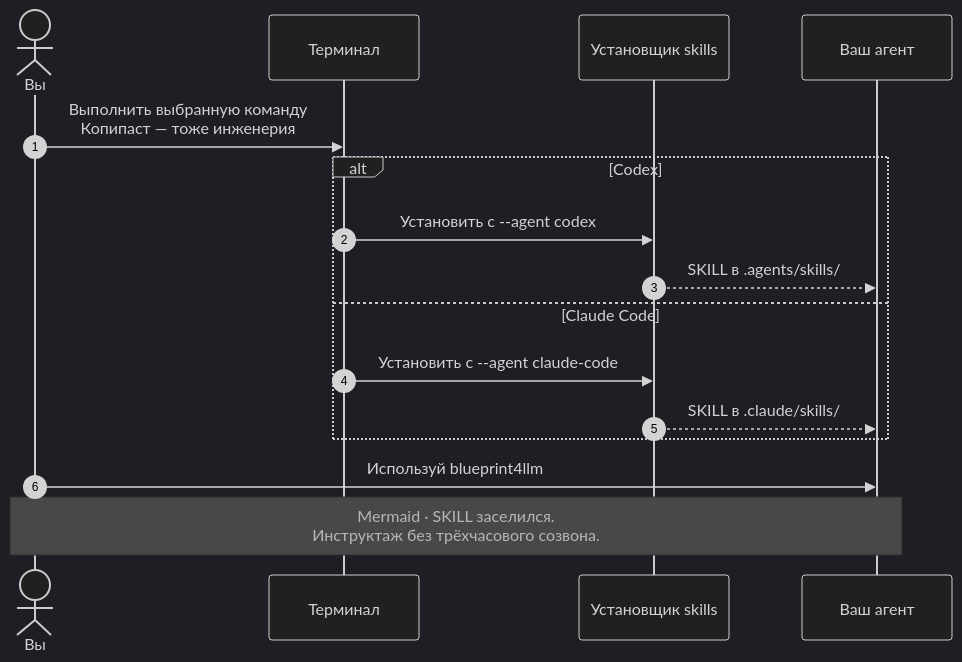
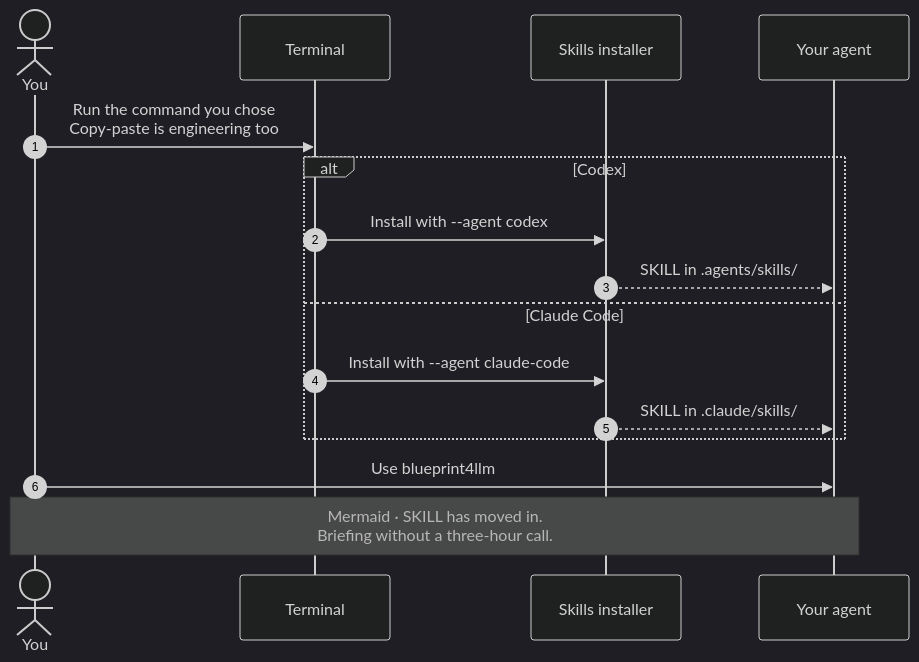
One commit to evgenyigumnov/blueprint4llm changed the fourth of 4 diagrams in article.en.md. Above: the diagram before and after it, drawn with Mermaid (dark theme). The commit also changed other lines of this file, not shown here.

````diff
--- a/article.en.md
+++ b/article.en.md
@@ -332,18 +332,18 @@
 ```mermaid
 sequenceDiagram
     autonumber
-    actor You as Вы
-    participant Terminal as Терминал
-    participant Skills as Установщик skills
-    participant Agent as Ваш агент
-    You->>Terminal: Выполнить выбранную команду<br/>Копипаст — тоже инженерия
+    actor You as You
+    participant Terminal as Terminal
+    participant Skills as Skills installer
+    participant Agent as Your agent
+    You->>Terminal: Run the command you chose<br/>Copy-paste is engineering too
     alt Codex
-        Terminal->>Skills: Установить с --agent codex
-        Skills-->>Agent: SKILL в .agents/skills/
+        Terminal->>Skills: Install with --agent codex
+        Skills-->>Agent: SKILL in .agents/skills/
     else Claude Code
-        Terminal->>Skills: Установить с --agent claude-code
-        Skills-->>Agent: SKILL в .claude/skills/
+        Terminal->>Skills: Install with --agent claude-code
+        Skills-->>Agent: SKILL in .claude/skills/
     end
-    You->>Agent: Используй blueprint4llm
-    Note over You,Agent: Mermaid · SKILL заселился.<br/>Инструктаж без трёхчасового созвона.
+    You->>Agent: Use blueprint4llm
+    Note over You,Agent: Mermaid · SKILL has moved in.<br/>Briefing without a three-hour call.
 ```
````
